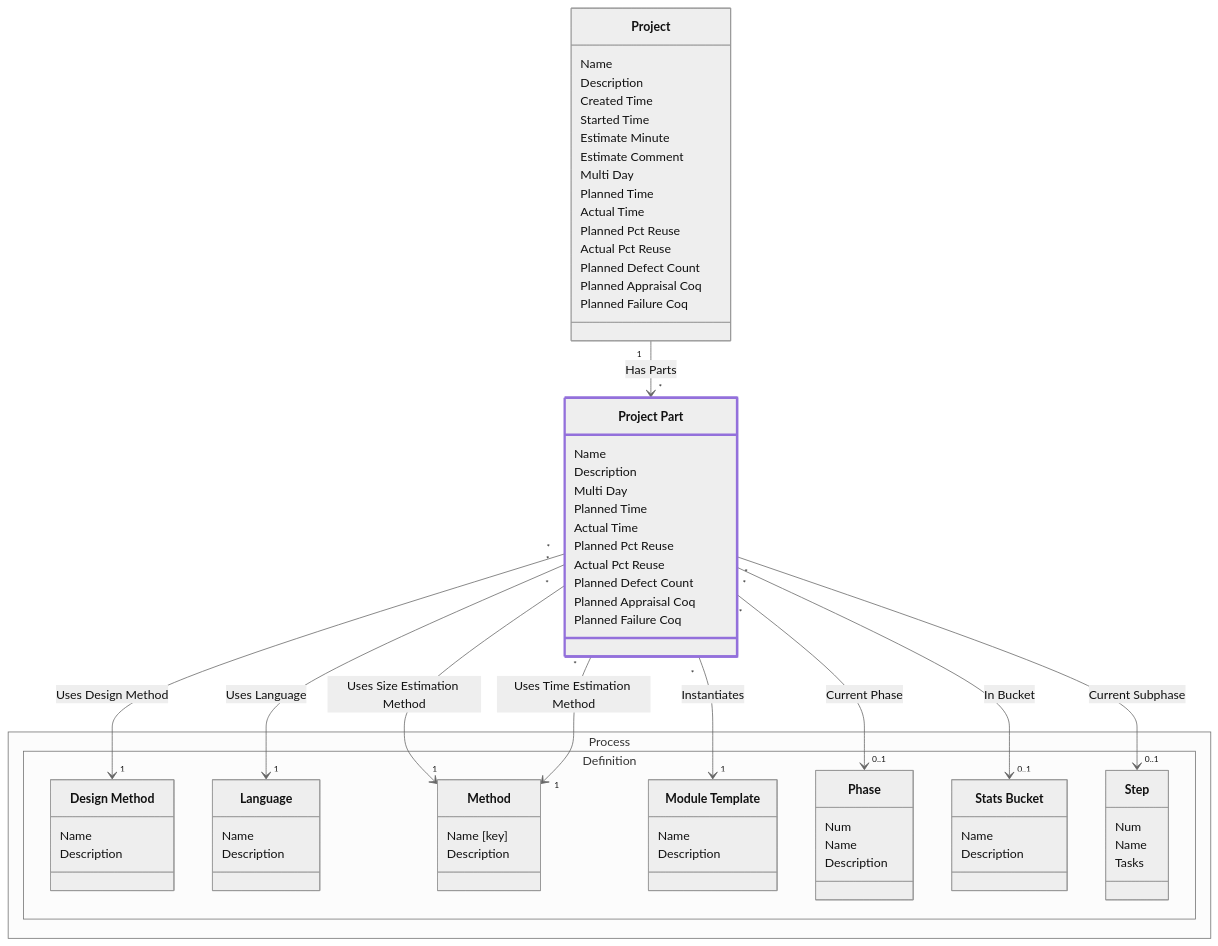
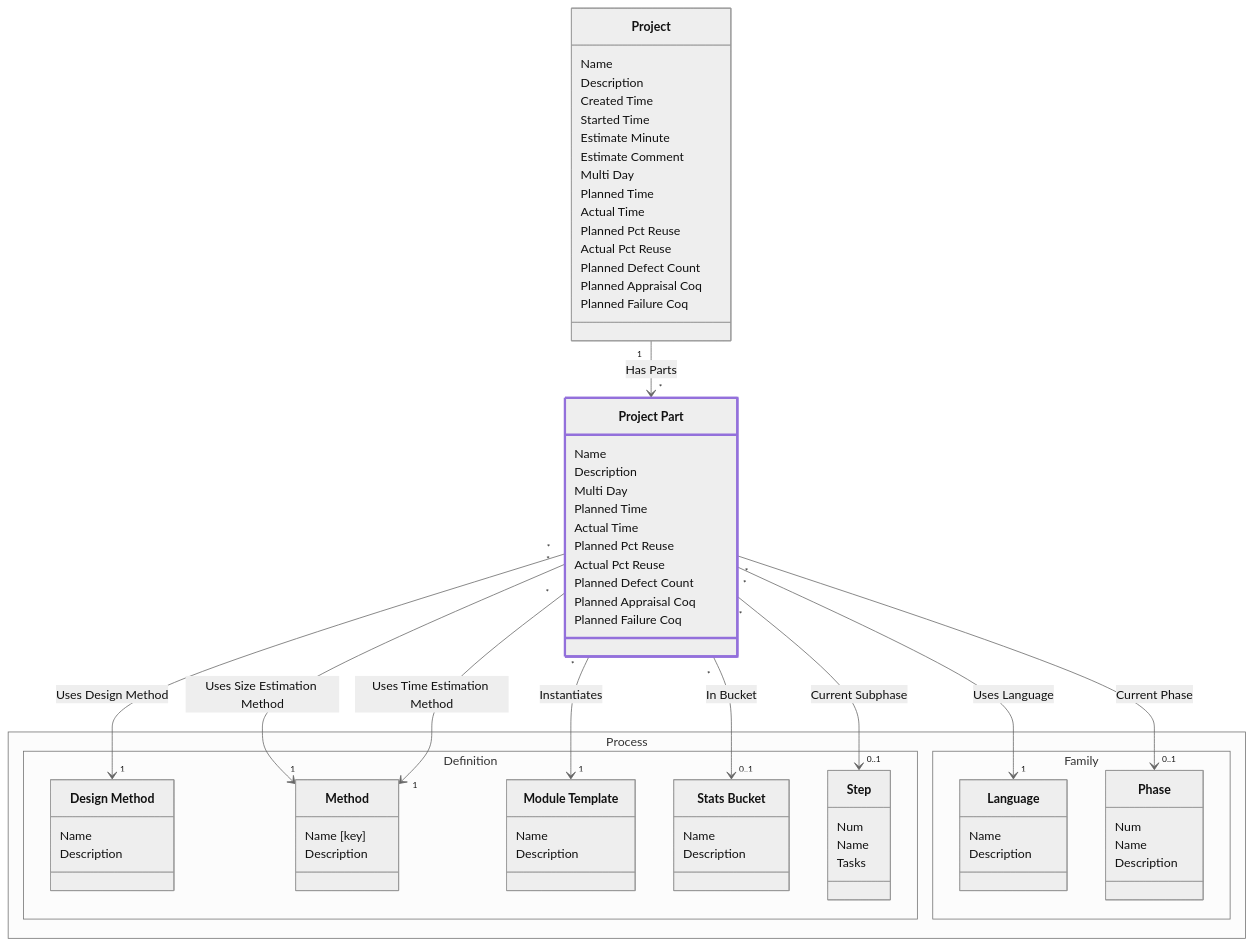
Before and after one commit to glemzurg/glemzurg: the diagram in examples/requirements/req/output/development/class-domain.project.subdomain.core.class.project_part.md, drawn with Mermaid (neutral theme). The commit also changed other lines of this file and 62 other files, not shown here.

````diff
--- a/examples/requirements/req/output/development/class-domain.project.subdomain.core.class.project_part.md
+++ b/examples/requirements/req/output/development/class-domain.project.subdomain.core.class.project_part.md
@@ -32,79 +32,81 @@
 ```mermaid
 ---
 config:
   class:
     hideEmptyMembersBox: true
 ---
 classDiagram
 class class_domain_project_subdomain_core_class_project["Project"] {
         Name
         Description
         Created Time
         Started Time
         Estimate Minute
         Estimate Comment
         Multi Day
         Planned Time
         Actual Time
         Planned Pct Reuse
         Actual Pct Reuse
         Planned Defect Count
         Planned Appraisal Coq
         Planned Failure Coq
     }
 class class_domain_project_subdomain_core_class_project_part["Project Part"] {
         Name
         Description
         Multi Day
         Planned Time
         Actual Time
         Planned Pct Reuse
         Actual Pct Reuse
         Planned Defect Count
         Planned Appraisal Coq
         Planned Failure Coq
     }
 namespace Process.Definition {
 class class_domain_process_subdomain_definition_class_design_method["Design Method"] {
             Name
             Description
         }
-class class_domain_process_subdomain_definition_class_language["Language"] {
-            Name
-            Description
-        }
 class class_domain_process_subdomain_definition_class_method["Method"] {
             Name [key]
             Description
         }
 class class_domain_process_subdomain_definition_class_module_template["Module Template"] {
-            Name
-            Description
-        }
-class class_domain_process_subdomain_definition_class_phase["Phase"] {
-            Num
             Name
             Description
         }
 class class_domain_process_subdomain_definition_class_stats_bucket["Stats Bucket"] {
             Name
             Description
         }
 class class_domain_process_subdomain_definition_class_step["Step"] {
             Num
             Name
             Tasks
         }
 }
+namespace Process.Family {
+class class_domain_process_subdomain_family_class_language["Language"] {
+            Name
+            Description
+        }
+class class_domain_process_subdomain_family_class_phase["Phase"] {
+            Num
+            Name
+            Description
+        }
+}
 style class_domain_project_subdomain_core_class_project_part stroke:#9370DB,stroke-width:3px
 class_domain_project_subdomain_core_class_project_part "*" --> "1" class_domain_process_subdomain_definition_class_design_method : Uses Design Method
-class_domain_project_subdomain_core_class_project_part "*" --> "1" class_domain_process_subdomain_definition_class_language : Uses Language
 class_domain_project_subdomain_core_class_project_part "*" --> "1" class_domain_process_subdomain_definition_class_method : Uses Size Estimation Method
 class_domain_project_subdomain_core_class_project_part "*" --> "1" class_domain_process_subdomain_definition_class_method : Uses Time Estimation Method
 class_domain_project_subdomain_core_class_project_part "*" --> "1" class_domain_process_subdomain_definition_class_module_template : Instantiates
-class_domain_project_subdomain_core_class_project_part "*" --> "0..1" class_domain_process_subdomain_definition_class_phase : Current Phase
 class_domain_project_subdomain_core_class_project_part "*" --> "0..1" class_domain_process_subdomain_definition_class_stats_bucket : In Bucket
 class_domain_project_subdomain_core_class_project_part "*" --> "0..1" class_domain_process_subdomain_definition_class_step : Current Subphase
+class_domain_project_subdomain_core_class_project_part "*" --> "1" class_domain_process_subdomain_family_class_language : Uses Language
+class_domain_project_subdomain_core_class_project_part "*" --> "0..1" class_domain_process_subdomain_family_class_phase : Current Phase
 class_domain_project_subdomain_core_class_project "1" --> "*" class_domain_project_subdomain_core_class_project_part : Has Parts
 
 ```
````
